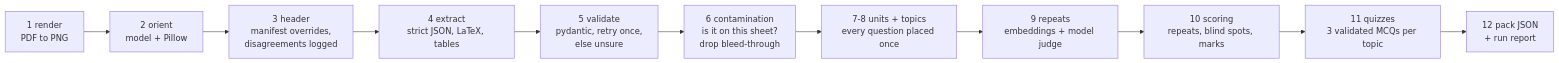
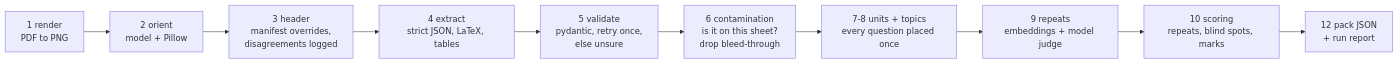
The diagram in README.md (veeviiiii/campus-atlas), drawn with Mermaid before and after one commit. The commit also changed other lines of this file and 9 other files, not shown here.

````diff
--- a/README.md
+++ b/README.md
@@ -50,13 +57,12 @@
 ```mermaid
 flowchart LR
   A[1 render<br/>PDF to PNG] --> B[2 orient<br/>model + Pillow]
   B --> C[3 header<br/>manifest overrides,<br/>disagreements logged]
   C --> D[4 extract<br/>strict JSON, LaTeX, tables]
   D --> E[5 validate<br/>pydantic, retry once,<br/>else unsure]
   E --> F[6 contamination<br/>is it on this sheet?<br/>drop bleed-through]
   F --> G[7-8 units + topics<br/>every question placed once]
   G --> H[9 repeats<br/>embeddings + model judge]
   H --> I[10 scoring<br/>repeats, blind spots, marks]
-  I --> J[11 quizzes<br/>3 validated MCQs per topic]
-  J --> K[12 pack JSON<br/>+ run report]
+  I --> K[12 pack JSON<br/>+ run report]
 ```
````
